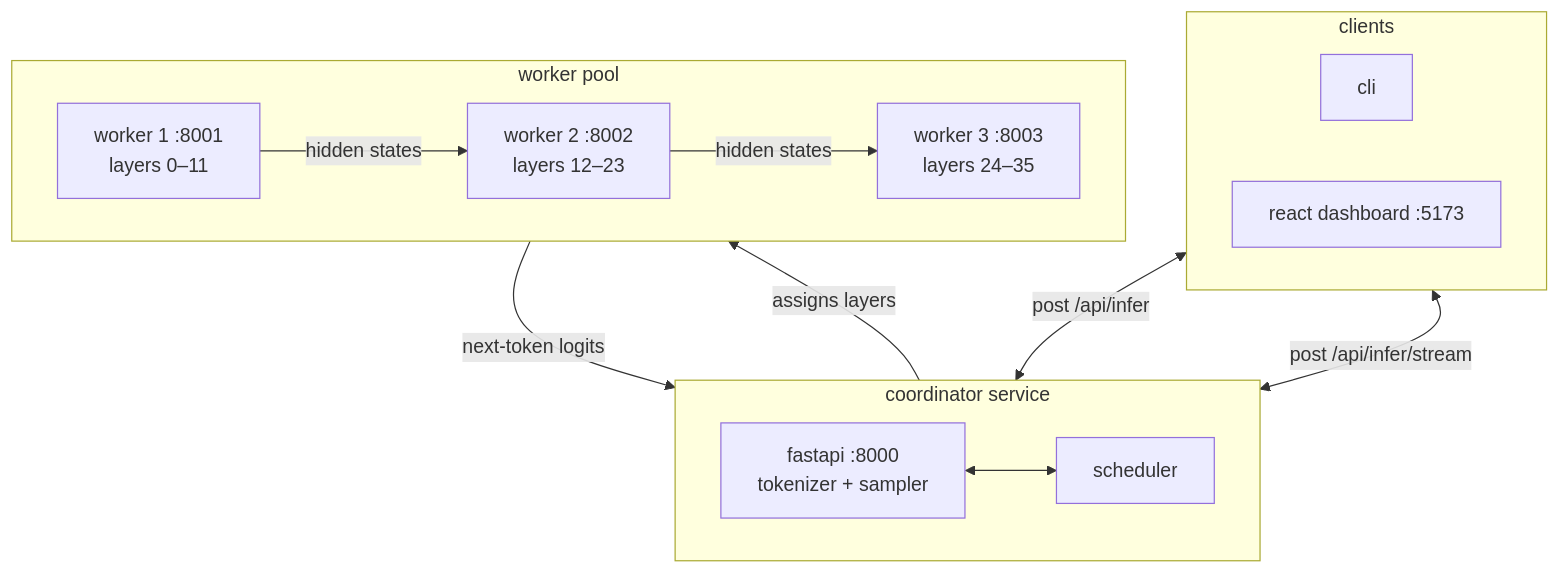
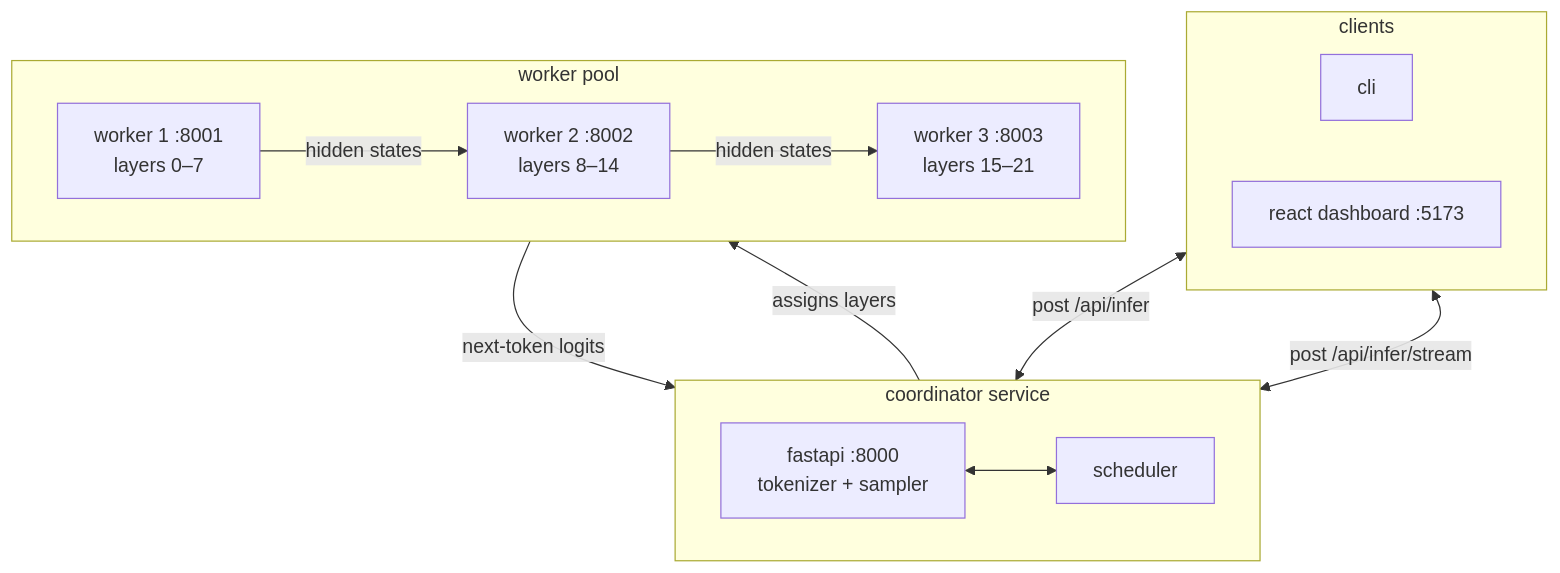
Before and after one commit to Nixxx19/lattice9: the first of 3 diagrams in README.md, drawn with Mermaid. The commit also changed other lines of this file and 9 other files, not shown here.

````diff
--- a/README.md
+++ b/README.md
@@ -25,30 +25,30 @@
 ```mermaid
 flowchart TB
     subgraph clients
         direction LR
         cli[cli]
         dashboard[react dashboard :5173]
     end
 
     subgraph coordsvc["coordinator service"]
         direction LR
         coordinator["fastapi :8000<br/>tokenizer + sampler"]
         scheduler[scheduler]
         coordinator <--> scheduler
     end
 
     subgraph pool["worker pool"]
         direction LR
-        worker1["worker 1 :8001<br/>layers 0–11"]
-        worker2["worker 2 :8002<br/>layers 12–23"]
-        worker3["worker 3 :8003<br/>layers 24–35"]
+        worker1["worker 1 :8001<br/>layers 0–7"]
+        worker2["worker 2 :8002<br/>layers 8–14"]
+        worker3["worker 3 :8003<br/>layers 15–21"]
     end
 
     cli <-->|"post /api/infer"| coordinator
     dashboard <-->|"post /api/infer/stream"| coordinator
 
     scheduler -->|assigns layers| worker1
     worker1 -->|hidden states| worker2
     worker2 -->|hidden states| worker3
     worker3 -->|next-token logits| coordinator
 ```
````
